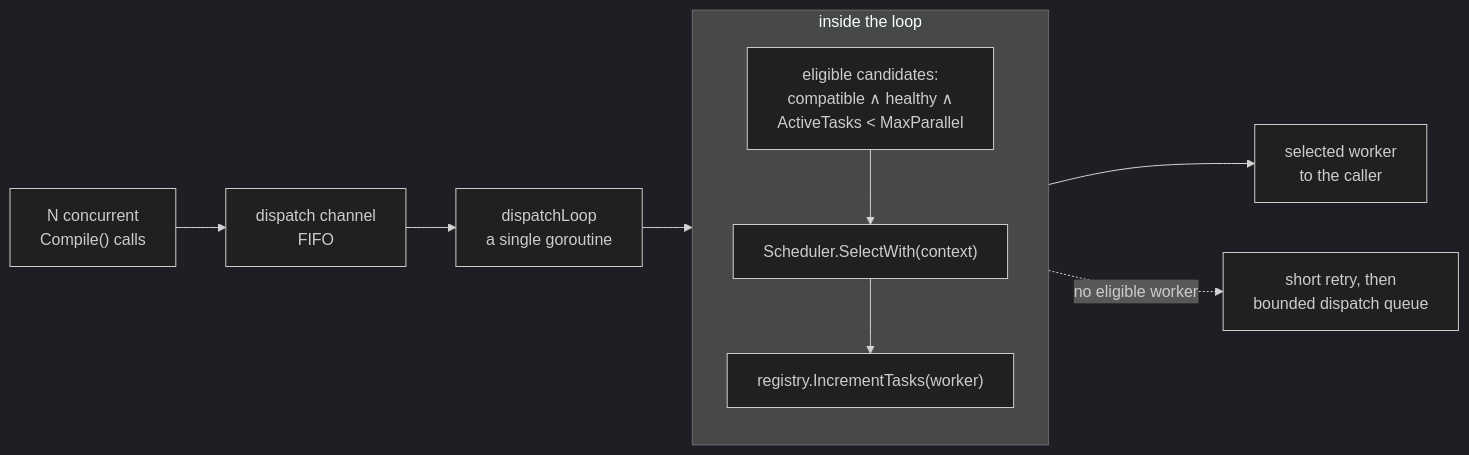
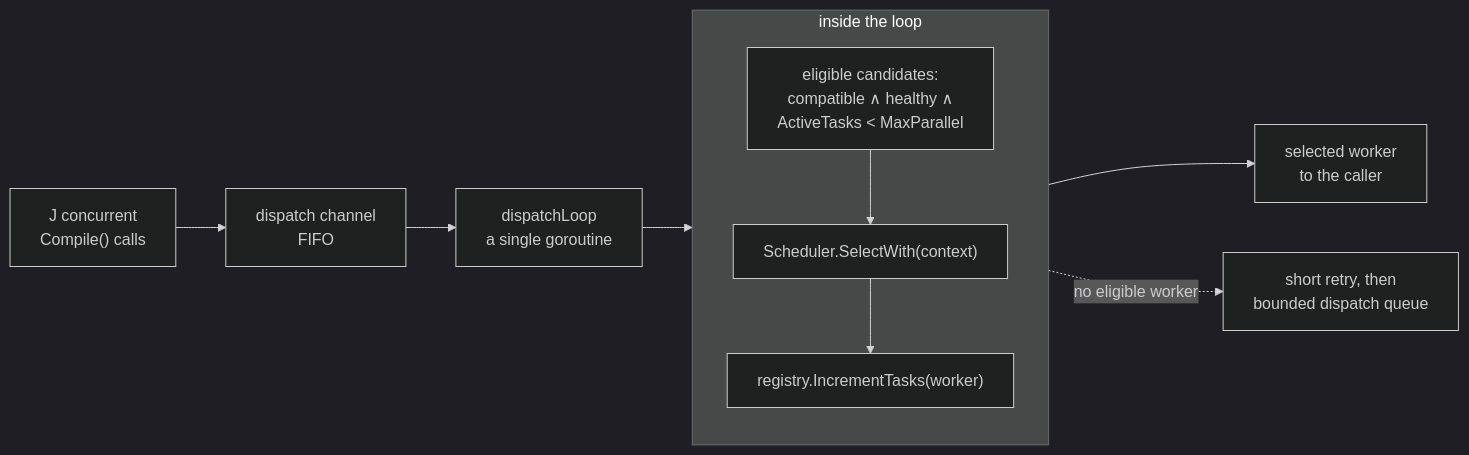
One commit to hybrid-grid/hybridgrid changed the second of 2 diagrams in docs/thesis/paper-hg-d-en.md. Above: the diagram before and after it, drawn with Mermaid (dark theme). The commit also changed other lines of this file and 3 other files, not shown here.

````diff
--- a/docs/thesis/paper-hg-d-en.md
+++ b/docs/thesis/paper-hg-d-en.md
@@ -115,15 +115,15 @@
 ```mermaid
 flowchart LR
-    N["N concurrent<br/>Compile() calls"] --> CH["dispatch channel<br/>FIFO"]
+    N["J concurrent<br/>Compile() calls"] --> CH["dispatch channel<br/>FIFO"]
     CH --> LOOP["dispatchLoop<br/>a single goroutine"]
     subgraph INNER["inside the loop"]
         direction TB
         F["eligible candidates:<br/>compatible ∧ healthy ∧<br/>ActiveTasks &lt; MaxParallel"]
         SEL["Scheduler.SelectWith(context)"]
         INC["registry.IncrementTasks(worker)"]
         F --> SEL --> INC
     end
     LOOP --> INNER
     INNER --> R["selected worker<br/>to the caller"]
     INNER -.->|"no eligible worker"| RT["short retry, then<br/>bounded dispatch queue"]
 ```
````
